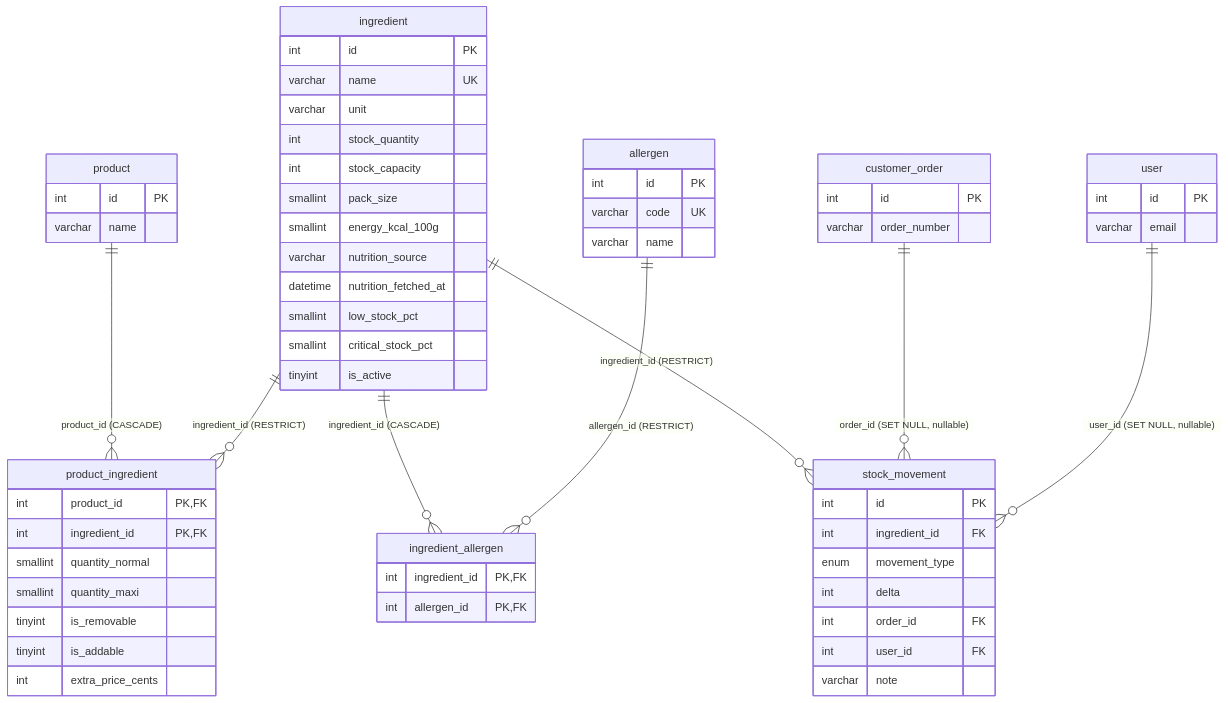
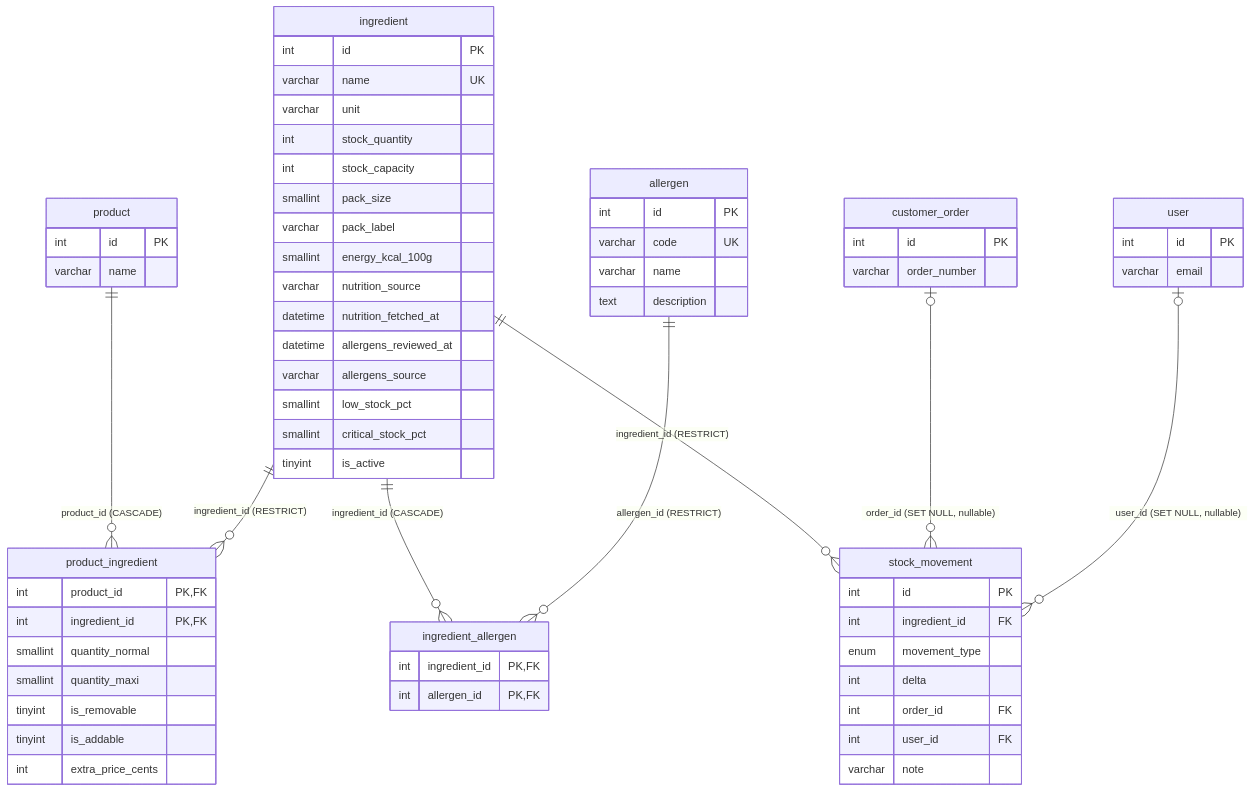
One commit to AcadeNice/wakdo_corentin changed the second of 4 diagrams in docs/merise/mld.md. Above: the diagram before and after it, drawn with Mermaid. The commit also changed other lines of this file and 30 other files, not shown here.

````diff
--- a/docs/merise/mld.md
+++ b/docs/merise/mld.md
@@ -170,64 +178,68 @@
 ```mermaid
 erDiagram
     ingredient {
         int id PK
         varchar name UK
         varchar unit
         int stock_quantity
         int stock_capacity
         smallint pack_size
+        varchar pack_label
         smallint energy_kcal_100g
         varchar nutrition_source
         datetime nutrition_fetched_at
+        datetime allergens_reviewed_at
+        varchar allergens_source
         smallint low_stock_pct
         smallint critical_stock_pct
         tinyint is_active
     }
     product_ingredient {
         int product_id PK,FK
         int ingredient_id PK,FK
         smallint quantity_normal
         smallint quantity_maxi
         tinyint is_removable
         tinyint is_addable
         int extra_price_cents
     }
     allergen {
         int id PK
         varchar code UK
         varchar name
+        text description
     }
     ingredient_allergen {
         int ingredient_id PK,FK
         int allergen_id PK,FK
     }
     stock_movement {
         int id PK
         int ingredient_id FK
         enum movement_type
         int delta
         int order_id FK
         int user_id FK
         varchar note
     }
     product {
         int id PK
         varchar name
     }
     customer_order {
         int id PK
         varchar order_number
     }
     user {
         int id PK
         varchar email
     }
 
     product ||--o{ product_ingredient : "product_id (CASCADE)"
     ingredient ||--o{ product_ingredient : "ingredient_id (RESTRICT)"
     ingredient ||--o{ ingredient_allergen : "ingredient_id (CASCADE)"
     allergen ||--o{ ingredient_allergen : "allergen_id (RESTRICT)"
     ingredient ||--o{ stock_movement : "ingredient_id (RESTRICT)"
-    customer_order ||--o{ stock_movement : "order_id (SET NULL, nullable)"
-    user ||--o{ stock_movement : "user_id (SET NULL, nullable)"
+    customer_order |o--o{ stock_movement : "order_id (SET NULL, nullable)"
+    user |o--o{ stock_movement : "user_id (SET NULL, nullable)"
 ```
````
